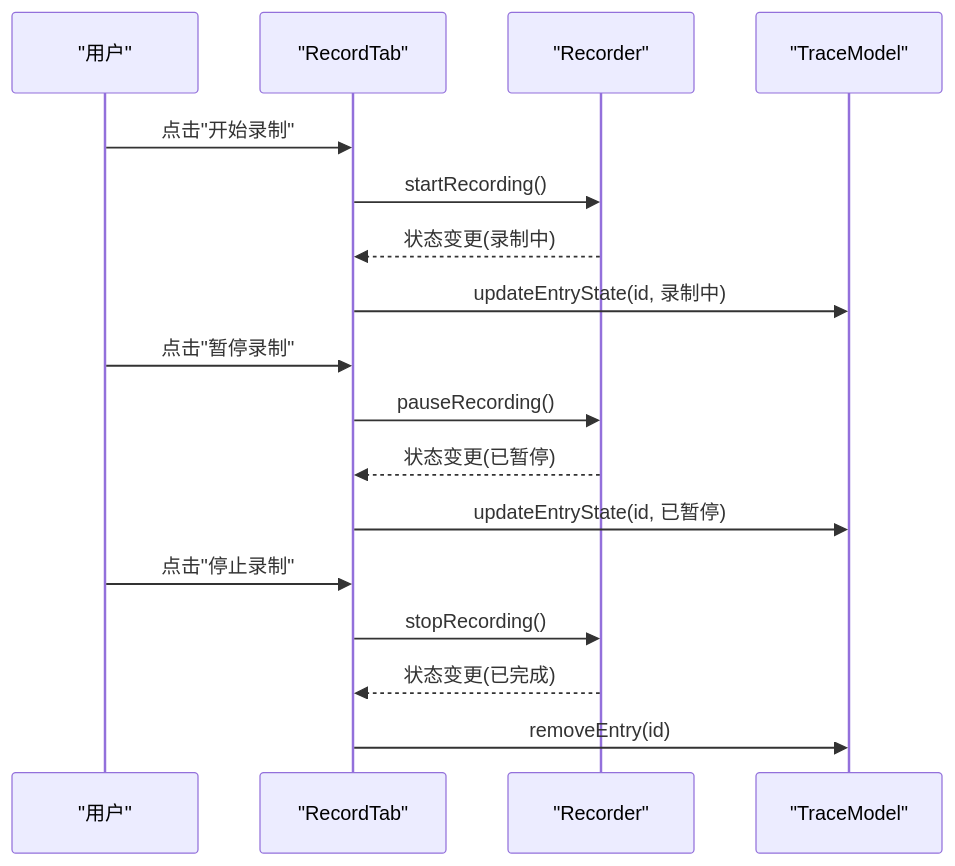
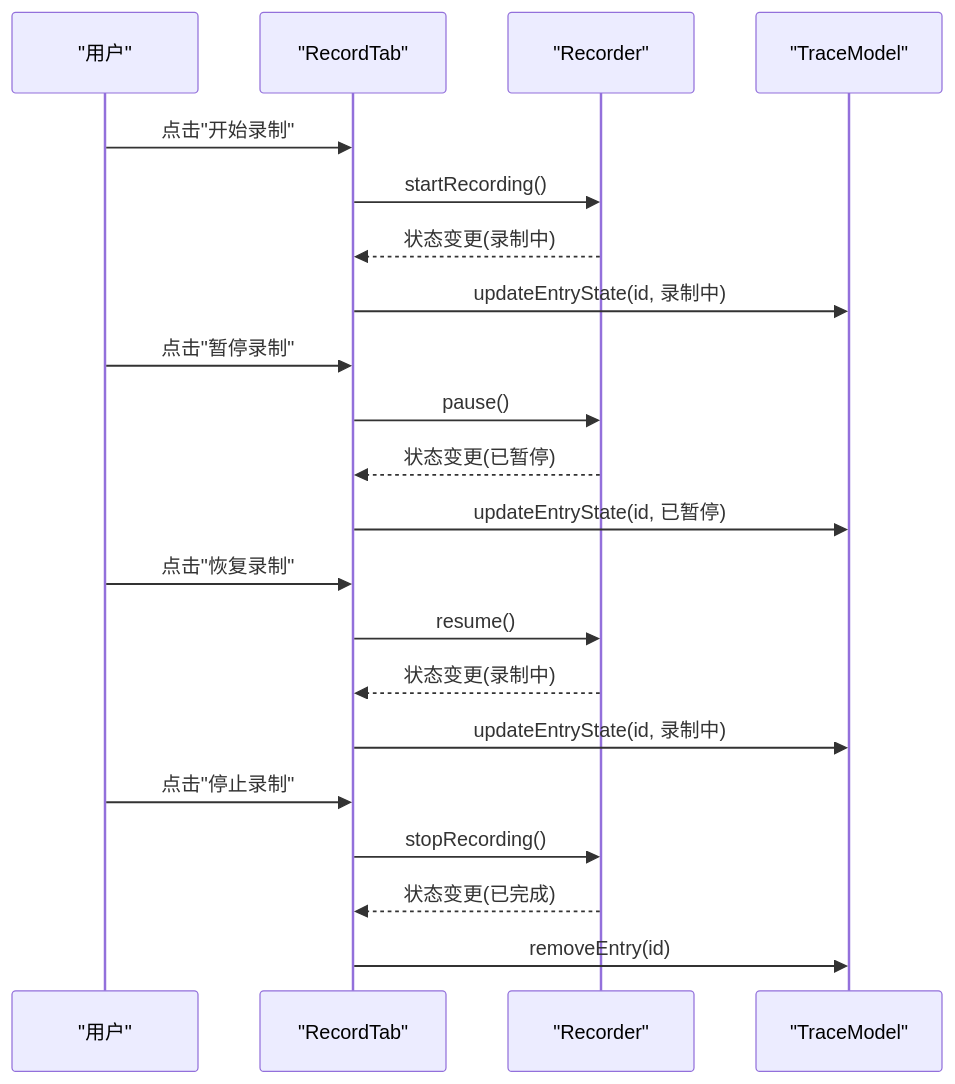
The third of 8 diagrams in .qoder/repowiki/zh/content/架构设计/UI系统设计/录制管理Tab组件/录制管理Tab组件.md (jakecai1225-design/OpenBus), drawn with Mermaid before and after one commit. The commit also changed other lines of this file and 38 other files, not shown here.

````diff
--- a/.qoder/repowiki/zh/content/架构设计/UI系统设计/录制管理Tab组件/录制管理Tab组件.md
+++ b/.qoder/repowiki/zh/content/架构设计/UI系统设计/录制管理Tab组件/录制管理Tab组件.md
@@ -202,19 +206,23 @@
 ```mermaid
 sequenceDiagram
 participant User as "用户"
 participant Tab as "RecordTab"
 participant Rec as "Recorder"
 participant Model as "TraceModel"
 User->>Tab : 点击"开始录制"
 Tab->>Rec : startRecording()
 Rec-->>Tab : 状态变更(录制中)
 Tab->>Model : updateEntryState(id, 录制中)
 User->>Tab : 点击"暂停录制"
-Tab->>Rec : pauseRecording()
+Tab->>Rec : pause()
 Rec-->>Tab : 状态变更(已暂停)
 Tab->>Model : updateEntryState(id, 已暂停)
+User->>Tab : 点击"恢复录制"
+Tab->>Rec : resume()
+Rec-->>Tab : 状态变更(录制中)
+Tab->>Model : updateEntryState(id, 录制中)
 User->>Tab : 点击"停止录制"
 Tab->>Rec : stopRecording()
 Rec-->>Tab : 状态变更(已完成)
 Tab->>Model : removeEntry(id)
 ```
````
